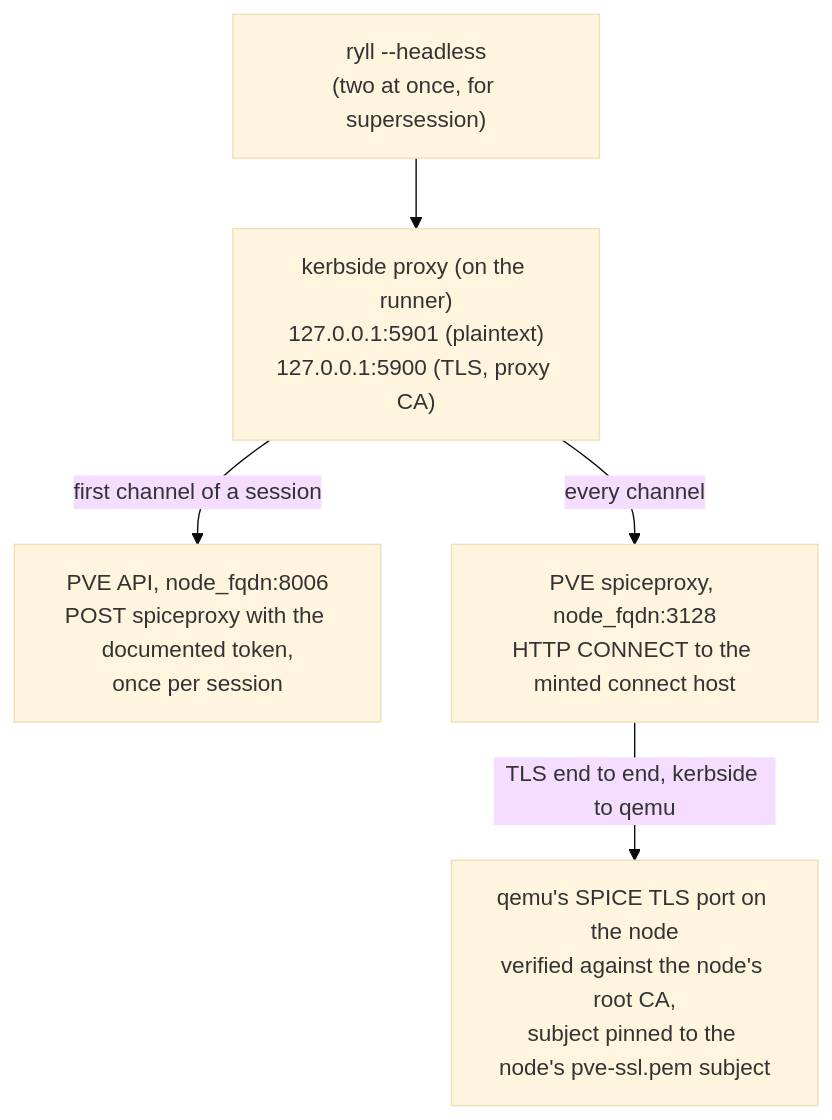
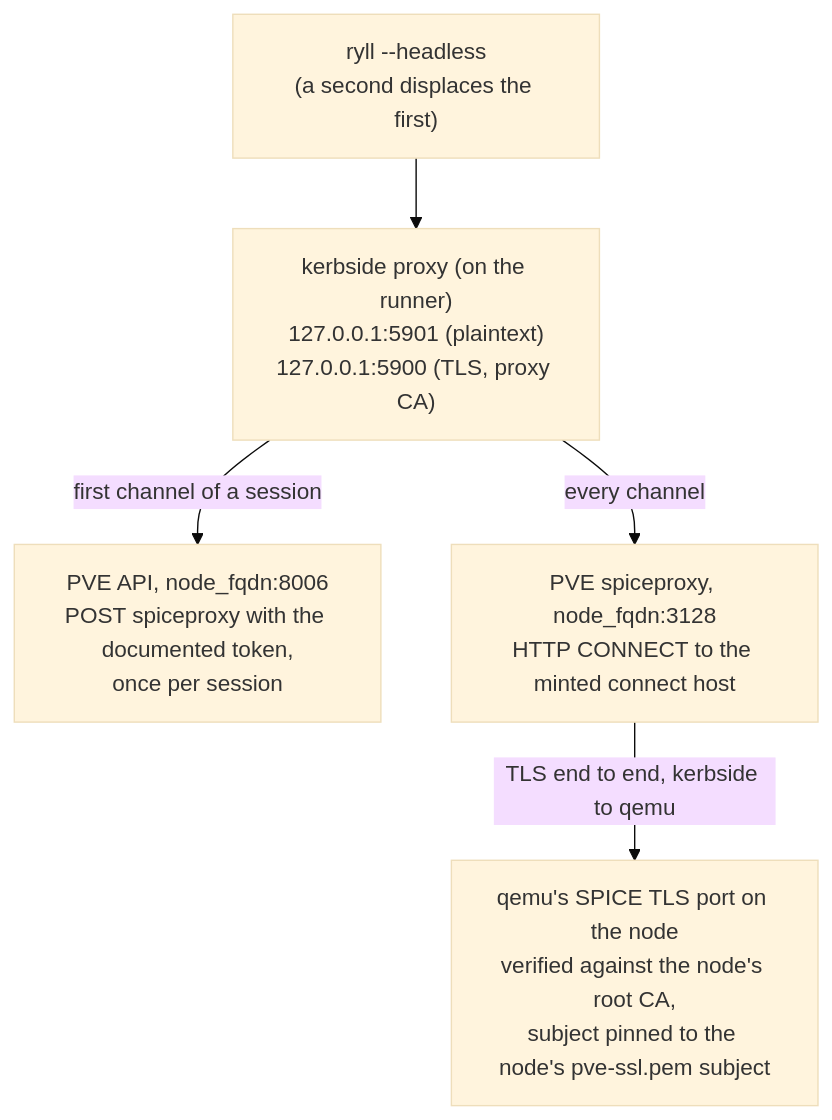
One commit to shakenfist/kerbside changed the diagram in tools/proxmox-e2e/README.md. Above: the diagram before and after it, drawn with Mermaid (base theme). The commit also changed other lines of this file and 7 other files, not shown here.

````diff
--- a/tools/proxmox-e2e/README.md
+++ b/tools/proxmox-e2e/README.md
@@ -36,13 +36,13 @@
 ```mermaid
 flowchart TD
-    ryll["ryll --headless<br/>(two at once, for supersession)"]
+    ryll["ryll --headless<br/>(a second displaces the first)"]
     proxy["kerbside proxy (on the runner)<br/>127.0.0.1:5901 (plaintext)<br/>127.0.0.1:5900 (TLS, proxy CA)"]
     api["PVE API, node_fqdn:8006<br/>POST spiceproxy with the documented token,<br/>once per session"]
     spiceproxy["PVE spiceproxy, node_fqdn:3128<br/>HTTP CONNECT to the minted connect host"]
     qemu["qemu's SPICE TLS port on the node<br/>verified against the node's root CA,<br/>subject pinned to the node's pve-ssl.pem subject"]
 
     ryll --> proxy
     proxy -- "first channel of a session" --> api
     proxy -- "every channel" --> spiceproxy
     spiceproxy -- "TLS end to end, kerbside to qemu" --> qemu
 ```
````
